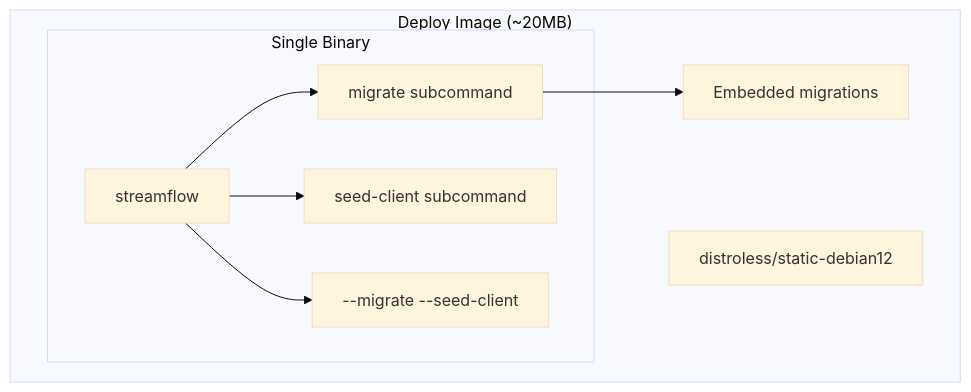
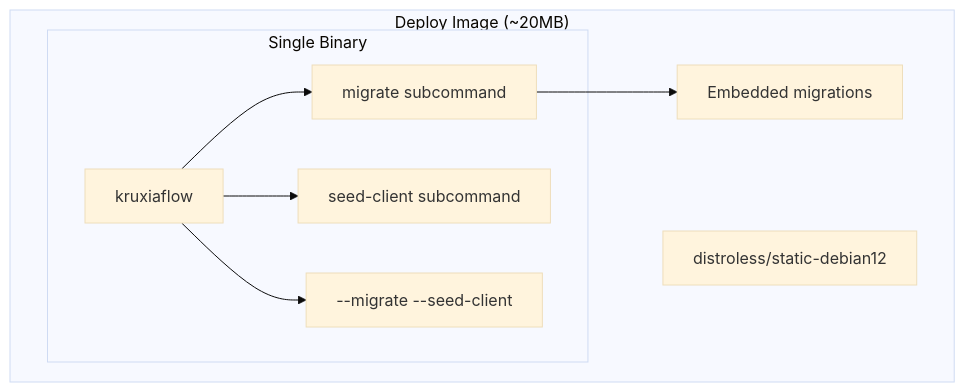
The second of 2 diagrams in docs/implementation/US-1C.8-distroless-deployment.md (kruxia/kruxiaflow), drawn with Mermaid (base theme) before and after one commit. The commit also changed other lines of this file and 239 other files, not shown here.

Commit message:
Rename StreamFlow => Kruxia Flow

````diff
--- a/docs/implementation/US-1C.8-distroless-deployment.md
+++ b/docs/implementation/US-1C.8-distroless-deployment.md
@@ -81,20 +81,20 @@
 ```mermaid
 flowchart TB
     subgraph "Deploy Image (~20MB)"
         Base["distroless/static-debian12"]
 
         subgraph "Single Binary"
-            SF["streamflow"]
+            SF["kruxiaflow"]
             Migrate["migrate subcommand"]
             SeedCmd["seed-client subcommand"]
             Init["--migrate --seed-client"]
         end
 
         EmbeddedMigrations["Embedded migrations"]
     end
 
     SF --> Migrate
     SF --> SeedCmd
     SF --> Init
     Migrate --> EmbeddedMigrations
 ```
````
